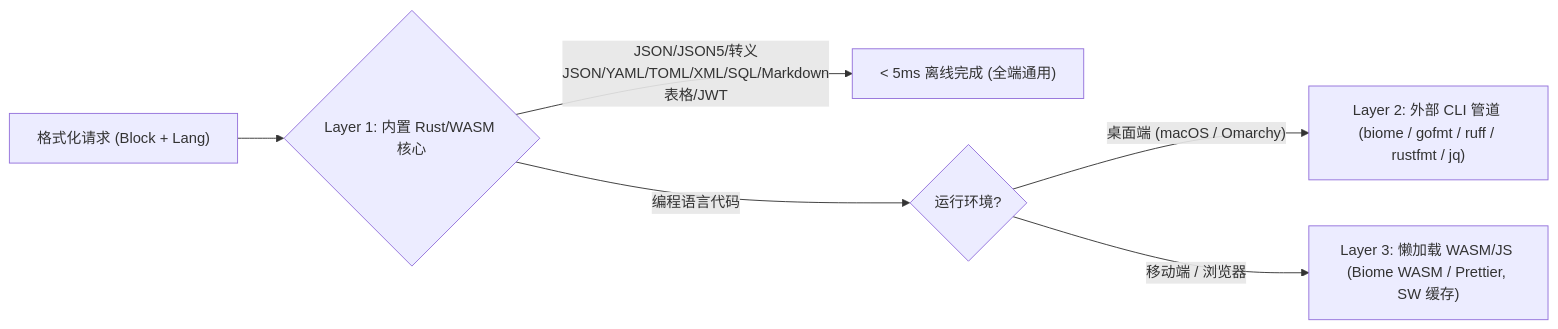
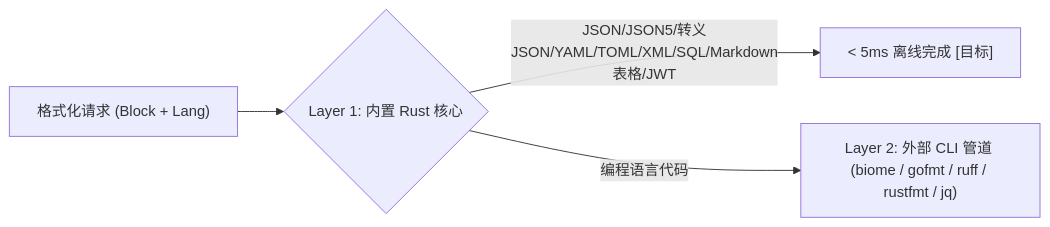
The fourth of 7 diagrams in docs/architecture-proposal.md (gray0128/my-note), drawn with Mermaid before and after one commit. The commit also changed other lines of this file and 16 other files, not shown here.

````diff
--- a/docs/architecture-proposal.md
+++ b/docs/architecture-proposal.md
@@ -406,8 +458,6 @@
 ```mermaid
 flowchart LR
-    Req["格式化请求 (Block + Lang)"] --> L1{"Layer 1: 内置 Rust/WASM 核心"}
-    L1 -->|"JSON/JSON5/转义JSON/YAML/TOML/XML/SQL/Markdown表格/JWT"| Fast["< 5ms 离线完成 (全端通用)"]
-    L1 -->|"编程语言代码"| Env{"运行环境?"}
-    Env -->|"桌面端 (macOS / Omarchy)"| L2["Layer 2: 外部 CLI 管道 (biome / gofmt / ruff / rustfmt / jq)"]
-    Env -->|"移动端 / 浏览器"| L3["Layer 3: 懒加载 WASM/JS (Biome WASM / Prettier, SW 缓存)"]
+    Req["格式化请求 (Block + Lang)"] --> L1{"Layer 1: 内置 Rust 核心"}
+    L1 -->|"JSON/JSON5/转义JSON/YAML/TOML/XML/SQL/Markdown表格/JWT"| Fast["< 5ms 离线完成 [目标]"]
+    L1 -->|"编程语言代码"| L2["Layer 2: 外部 CLI 管道 (biome / gofmt / ruff / rustfmt / jq)"]
 ```
````
